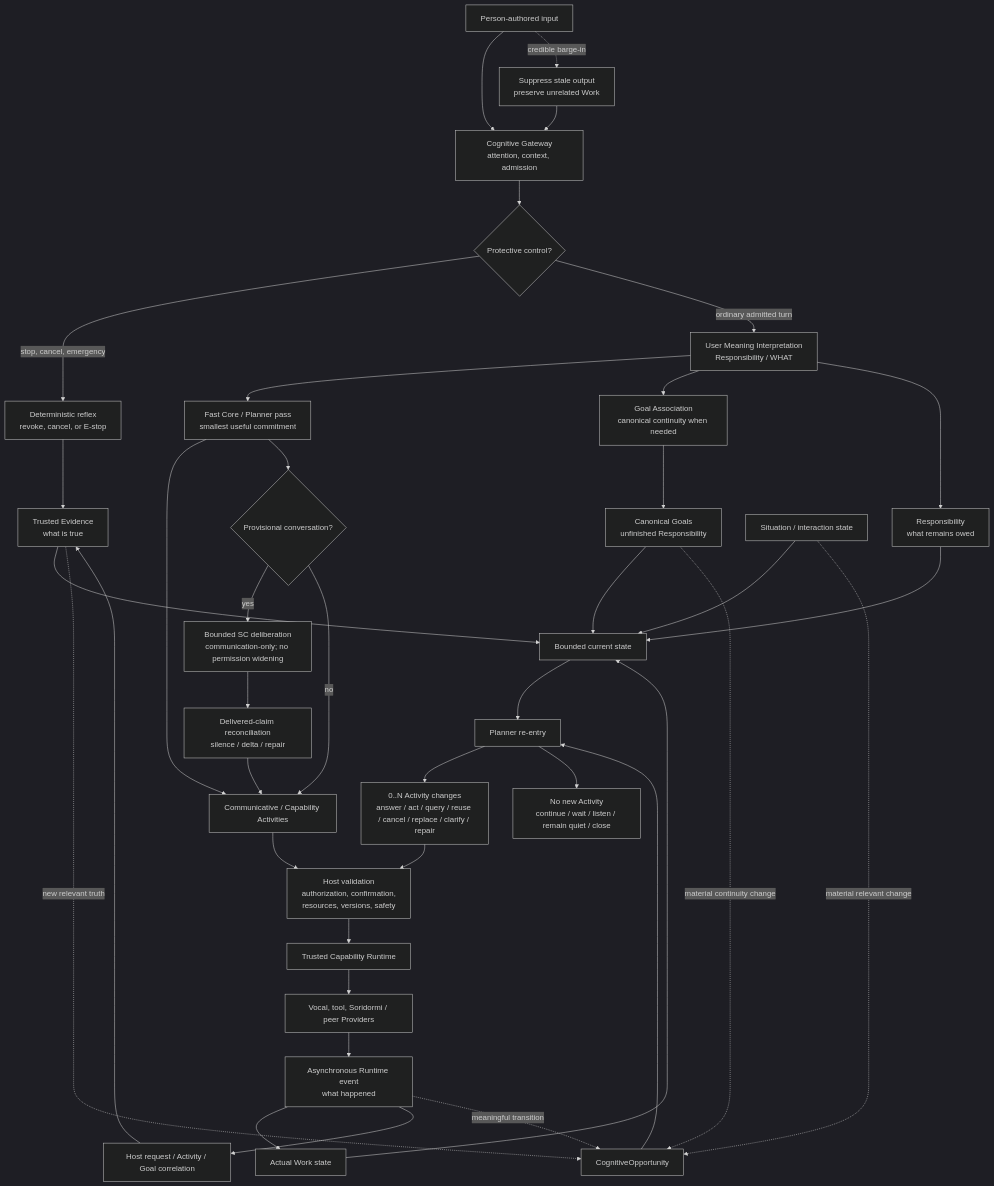
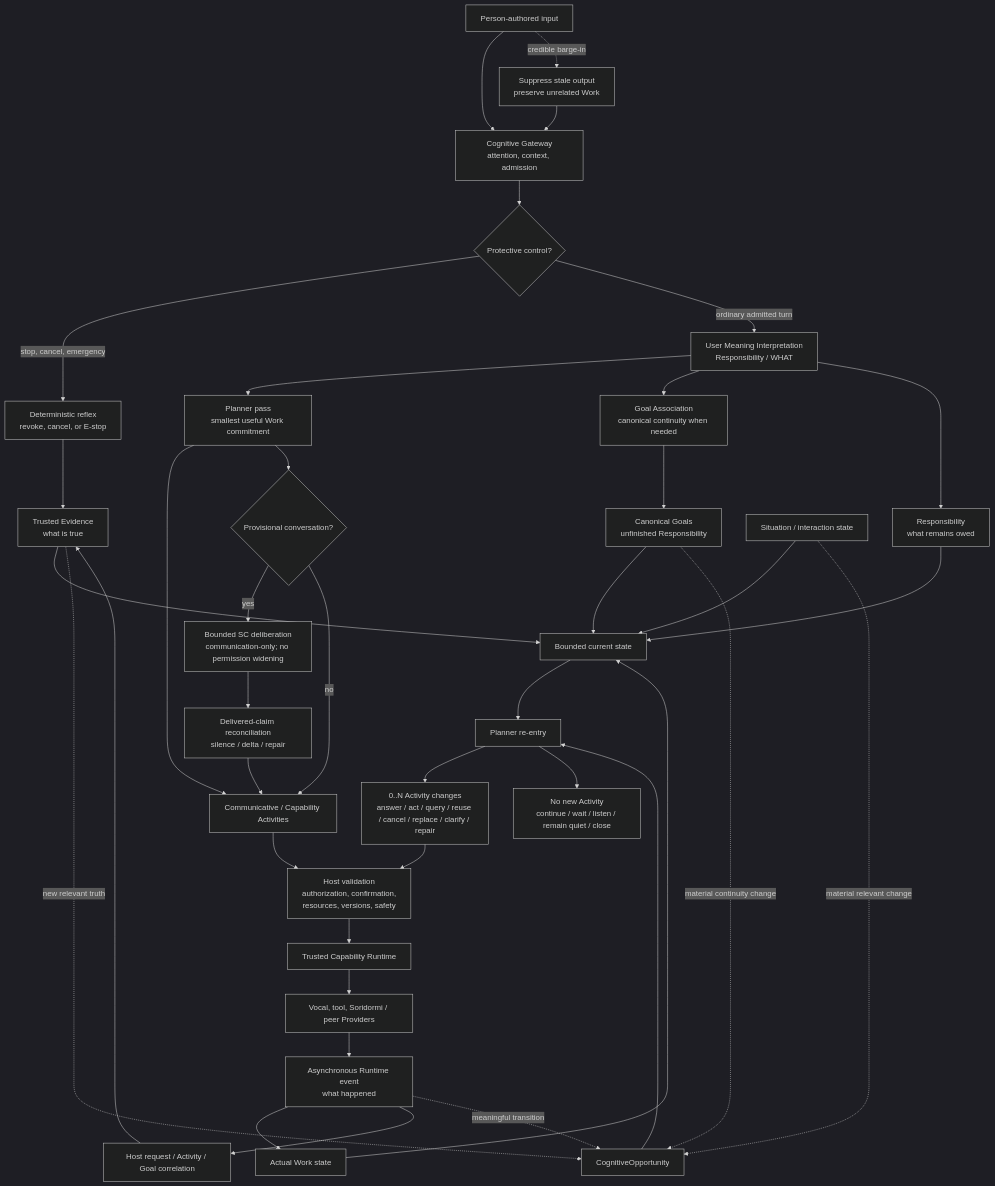
Before and after one commit to TimeTreker/chromie: the diagram in docs/GOAL_DRIVEN_COGNITIVE_ARCHITECTURE.md, drawn with Mermaid (dark theme). The commit also changed other lines of this file and 34 other files, not shown here.

````diff
--- a/docs/GOAL_DRIVEN_COGNITIVE_ARCHITECTURE.md
+++ b/docs/GOAL_DRIVEN_COGNITIVE_ARCHITECTURE.md
@@ -1917,48 +1926,48 @@
 ```mermaid
 flowchart TD
     USER["Person-authored input"] --> GATEWAY["Cognitive Gateway<br/>attention, context, admission"]
     GATEWAY --> CONTROL{"Protective control?"}
     CONTROL -->|"stop, cancel, emergency"| REFLEX["Deterministic reflex<br/>revoke, cancel, or E-stop"]
     CONTROL -->|"ordinary admitted turn"| UMI["User Meaning Interpretation<br/>Responsibility / WHAT"]
 
-    UMI --> PLAN["Fast Core / Planner pass<br/>smallest useful commitment"]
+    UMI --> PLAN["Planner pass<br/>smallest useful Work commitment"]
     UMI --> GA["Goal Association<br/>canonical continuity when needed"]
     PLAN --> WORK["Communicative / Capability Activities"]
     PLAN --> PROV{"Provisional conversation?"}
     PROV -->|"yes"| DELIB["Bounded SC deliberation<br/>communication-only; no permission widening"]
     PROV -->|"no"| WORK
     DELIB --> RECON["Delivered-claim reconciliation<br/>silence / delta / repair"]
     RECON --> WORK
     GA --> GOALS["Canonical Goals<br/>unfinished Responsibility"]
 
     WORK --> HOST["Host validation<br/>authorization, confirmation,<br/>resources, versions, safety"]
     HOST --> RUNTIME["Trusted Capability Runtime"]
     RUNTIME --> PROVIDER["Vocal, tool, Soridormi / peer Providers"]
     PROVIDER --> EVENT["Asynchronous Runtime event<br/>what happened"]
 
     EVENT --> WORKSTATE["Actual Work state"]
     EVENT --> CORRELATE["Host request / Activity / Goal correlation"]
     CORRELATE --> EVIDENCE["Trusted Evidence<br/>what is true"]
     REFLEX --> EVIDENCE
 
     UMI --> RESP["Responsibility<br/>what remains owed"]
     RESP --> STATE["Bounded current state"]
     GOALS --> STATE
     WORKSTATE --> STATE
     EVIDENCE --> STATE
     SITUATION["Situation / interaction state"] --> STATE
 
     EVENT -. "meaningful transition" .-> OPP["CognitiveOpportunity"]
     EVIDENCE -. "new relevant truth" .-> OPP
     GOALS -. "material continuity change" .-> OPP
     SITUATION -. "material relevant change" .-> OPP
     OPP --> REENTRY["Planner re-entry"]
     STATE --> REENTRY
 
     REENTRY --> DELTA["0..N Activity changes<br/>answer / act / query / reuse / cancel / replace / clarify / repair"]
     REENTRY --> QUIET["No new Activity<br/>continue / wait / listen / remain quiet / close"]
     DELTA --> HOST
 
     USER -. "credible barge-in" .-> YIELD["Suppress stale output<br/>preserve unrelated Work"]
     YIELD --> GATEWAY
 ```
````
